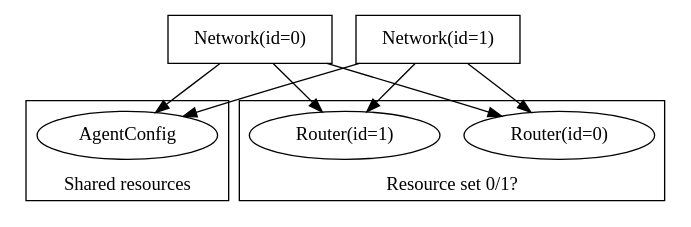
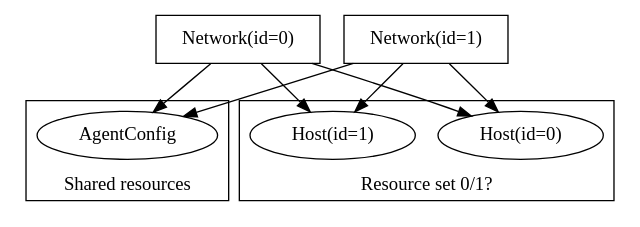
One commit to inmanta/inmanta-core changed the second of 3 diagrams in docs/resource_sets.rst. Above: the diagram before and after it, drawn with Graphviz. The commit also changed other lines of this file and 4 other files, not shown here.

Commit message:
renamed Router -> Host in running example

```diff
--- a/docs/resource_sets.rst
+++ b/docs/resource_sets.rst
@@ -191,18 +191,18 @@
 .. digraph:: resource_sets_invalid
     :caption: Two invalid services with a resource set conflict
 
     subgraph cluster_shared {
         AgentConfig;
         label = "Shared resources";
         labelloc = "bottom";
     }
 
     "Network(id=0)" [shape=rectangle];
     "Network(id=1)" [shape=rectangle];
     { "Network(id=0)" "Network(id=1)" }-> subgraph cluster_resources0 {
-        "Router(id=0)";
-        "Router(id=1)";
+        "Host(id=0)";
+        "Host(id=1)";
         label = "Resource set 0/1?";
         labelloc = "bottom";
     }
     { "Network(id=0)" "Network(id=1)" } -> AgentConfig;
```
